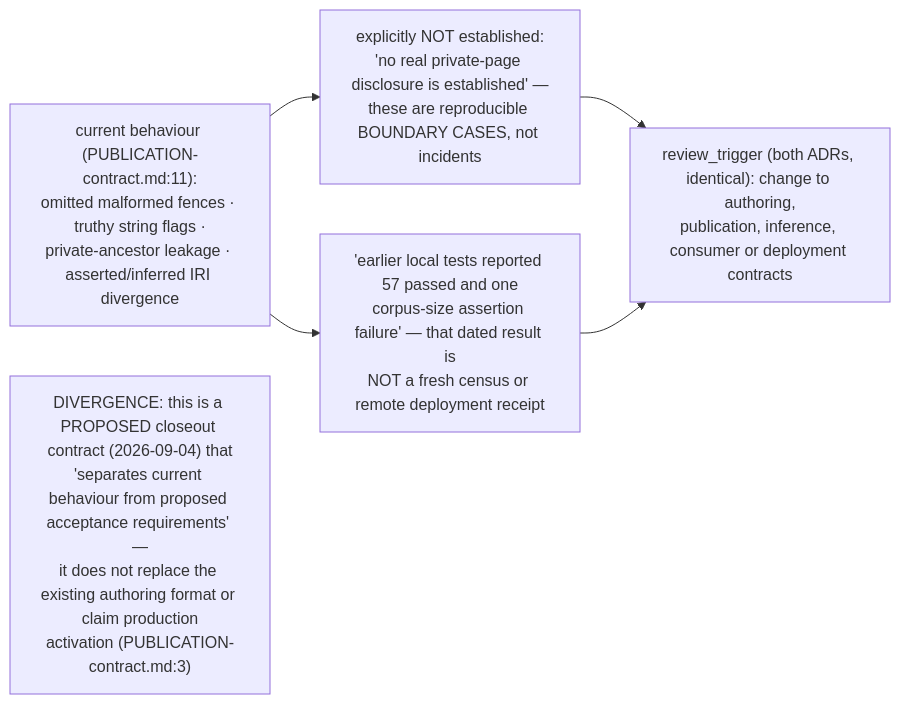
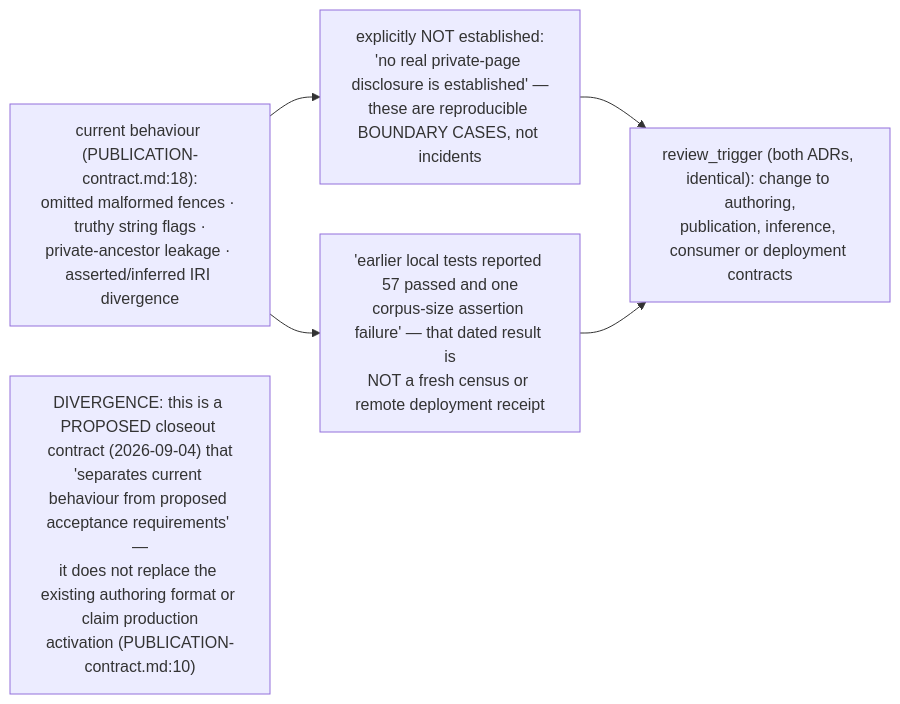
One commit to DreamLab-AI/VisionFlow changed the third of 4 diagrams in docs/diagrams/visiongraph/05-invariants-register.md. Above: the diagram before and after it, drawn with Mermaid. The commit also changed other lines of this file and 94 other files, not shown here.

First line of the commit message:
docs(diagrams): re-verify 130 topics against 2 October HEADs

````diff
--- a/docs/diagrams/visiongraph/05-invariants-register.md
+++ b/docs/diagrams/visiongraph/05-invariants-register.md
@@ -53,12 +57,12 @@
 ```mermaid
 flowchart LR
-    CURRENT["current behaviour #40;PUBLICATION-contract.md:11#41;:<br/>omitted malformed fences · truthy string flags ·<br/>private-ancestor leakage · asserted/inferred IRI divergence"]
+    CURRENT["current behaviour #40;PUBLICATION-contract.md:18#41;:<br/>omitted malformed fences · truthy string flags ·<br/>private-ancestor leakage · asserted/inferred IRI divergence"]
     NOTESTABLISHED["explicitly NOT established:<br/>'no real private-page disclosure is established' —<br/>these are reproducible BOUNDARY CASES, not incidents"]
     STALE["'earlier local tests reported 57 passed and one<br/>corpus-size assertion failure' — that dated result is<br/>NOT a fresh census or remote deployment receipt"]
     REOPEN["review_trigger #40;both ADRs, identical#41;: change to authoring,<br/>publication, inference, consumer or deployment contracts"]
     CURRENT --> NOTESTABLISHED
     CURRENT --> STALE
     NOTESTABLISHED --> REOPEN
     STALE --> REOPEN
-    note1["DIVERGENCE: this is a PROPOSED closeout contract #40;2026-09-04#41; that<br/>'separates current behaviour from proposed acceptance requirements' —<br/>it does not replace the existing authoring format or claim production<br/>activation #40;PUBLICATION-contract.md:3#41;"]
+    note1["DIVERGENCE: this is a PROPOSED closeout contract #40;2026-09-04#41; that<br/>'separates current behaviour from proposed acceptance requirements' —<br/>it does not replace the existing authoring format or claim production<br/>activation #40;PUBLICATION-contract.md:10#41;"]
 ```
````
